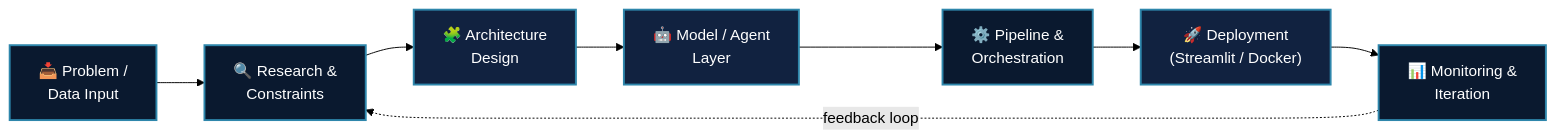
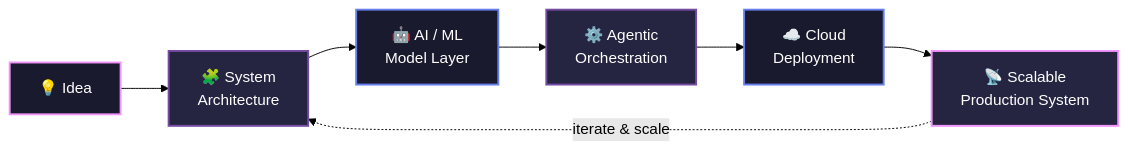
Before and after one commit to TALHA-ABDUL-RAUF/TALHA-ABDUL-RAUF: the diagram in README.md, drawn with Mermaid (forest theme). The commit also changed other lines of this file, not shown here.

````diff
--- a/README.md
+++ b/README.md
@@ -35,18 +35,16 @@
 ```mermaid
 flowchart LR
-    A["📥 Problem /<br/>Data Input"] --> B["🔍 Research &<br/>Constraints"]
-    B --> C["🧩 Architecture<br/>Design"]
-    C --> D["🤖 Model / Agent<br/>Layer"]
-    D --> E["⚙️ Pipeline &<br/>Orchestration"]
-    E --> F["🚀 Deployment<br/>(Streamlit / Docker)"]
-    F --> G["📊 Monitoring &<br/>Iteration"]
-    G -.feedback loop.-> B
+    A["💡 Idea"] --> B["🧩 System<br/>Architecture"]
+    B --> C["🤖 AI / ML<br/>Model Layer"]
+    C --> D["⚙️ Agentic<br/>Orchestration"]
+    D --> E["☁️ Cloud<br/>Deployment"]
+    E --> F["📡 Scalable<br/>Production System"]
+    F -.iterate & scale.-> B
 
-    style A fill:#0A192F,stroke:#2E86AB,stroke-width:2px,color:#fff
-    style B fill:#0A192F,stroke:#2E86AB,stroke-width:2px,color:#fff
-    style C fill:#112240,stroke:#2E86AB,stroke-width:2px,color:#fff
-    style D fill:#112240,stroke:#2E86AB,stroke-width:2px,color:#fff
-    style E fill:#0A192F,stroke:#2E86AB,stroke-width:2px,color:#fff
-    style F fill:#112240,stroke:#2E86AB,stroke-width:2px,color:#fff
-    style G fill:#0A192F,stroke:#2E86AB,stroke-width:2px,color:#fff
+    style A fill:#1a1a2e,stroke:#f093fb,stroke-width:2px,color:#fff
+    style B fill:#252542,stroke:#764ba2,stroke-width:2px,color:#fff
+    style C fill:#1a1a2e,stroke:#667eea,stroke-width:2px,color:#fff
+    style D fill:#252542,stroke:#764ba2,stroke-width:2px,color:#fff
+    style E fill:#1a1a2e,stroke:#667eea,stroke-width:2px,color:#fff
+    style F fill:#252542,stroke:#f093fb,stroke-width:2px,color:#fff
 ```
````
